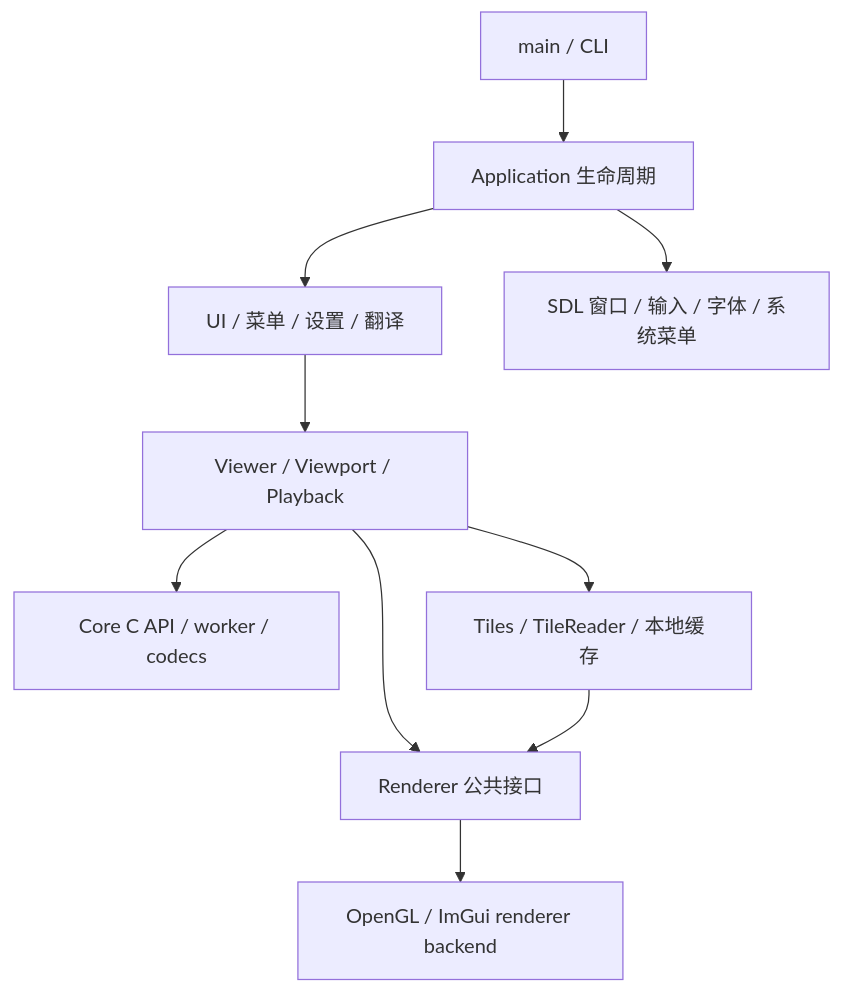
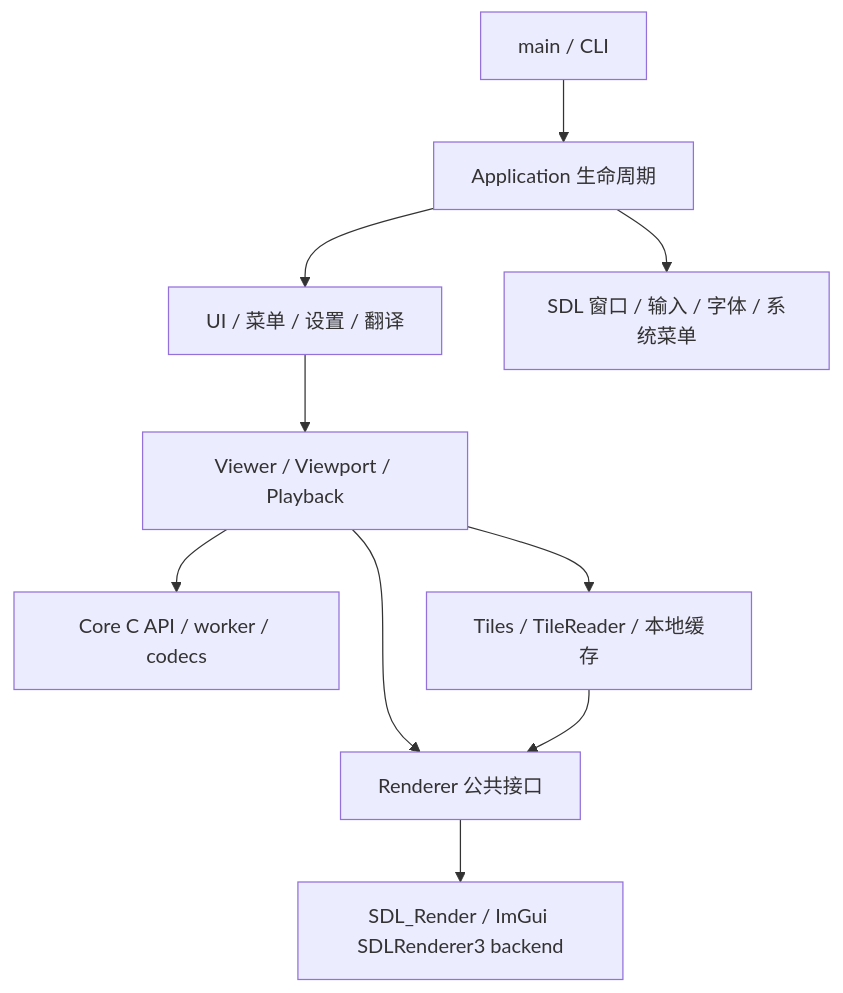
The diagram in docs/开发架构.md (hui-livio/LiltView), drawn with Mermaid before and after one commit. The commit also changed other lines of this file and 28 other files, not shown here.

````diff
--- a/docs/开发架构.md
+++ b/docs/开发架构.md
@@ -19,12 +19,12 @@
 ```mermaid
 flowchart TD
     Entry[main / CLI] --> App[Application 生命周期]
     App --> UI[UI / 菜单 / 设置 / 翻译]
     App --> Platform[SDL 窗口 / 输入 / 字体 / 系统菜单]
     UI --> Viewer[Viewer / Viewport / Playback]
     Viewer --> Core[Core C API / worker / codecs]
     Viewer --> Tiles[Tiles / TileReader / 本地缓存]
     Viewer --> Renderer[Renderer 公共接口]
     Tiles --> Renderer
-    Renderer --> GL[OpenGL / ImGui renderer backend]
+    Renderer --> SDLRender[SDL_Render / ImGui SDLRenderer3 backend]
 ```
````
